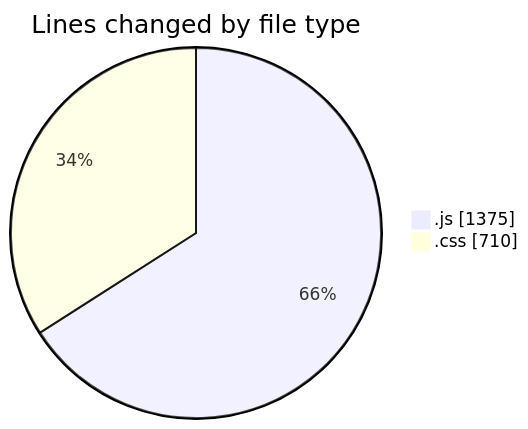
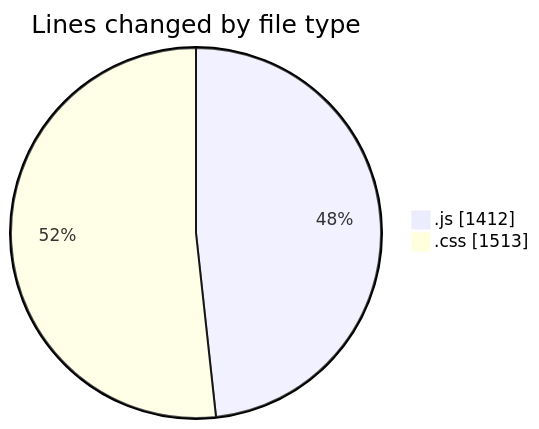
Before and after one commit to lephambinh05/code-tracking: the first of 2 diagrams in 2025-09-03/quytuthien_vn/README.md, drawn with Mermaid. The commit also changed other lines of this file and 1 other file, not shown here.

````diff
--- a/2025-09-03/quytuthien_vn/README.md
+++ b/2025-09-03/quytuthien_vn/README.md
@@ -36,6 +38,6 @@
 ```mermaid
 pie showData
 title Lines changed by file type
-".js" : 1375
-".css" : 710
+".js" : 1412
+".css" : 1513
 ```
````
